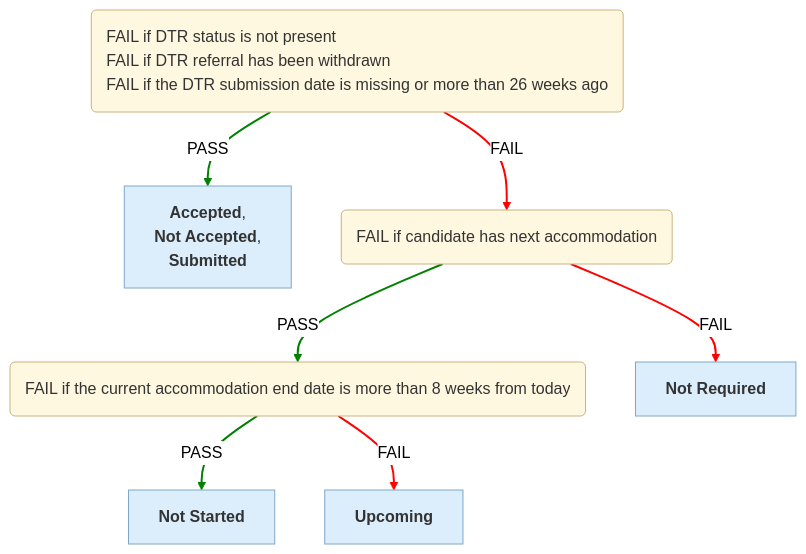
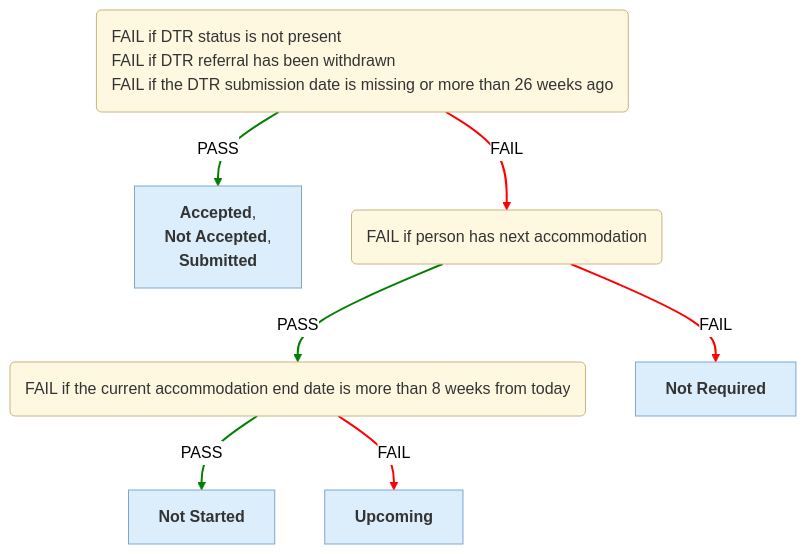
Before and after one commit to ministryofjustice/hmpps-single-accommodation-service-api: the fifth of 6 diagrams in docs/eligibility-rules-graph.md, drawn with Mermaid (neutral theme). The commit also changed other lines of this file and 55 other files, not shown here.

````diff
--- a/docs/eligibility-rules-graph.md
+++ b/docs/eligibility-rules-graph.md
@@ -495,28 +578,28 @@
 ```mermaid
 %%{init: {"flowchart": {"wrappingWidth": 800}}}%%
 flowchart TD
   Suitability("<div style='text-align:left'>FAIL if DTR status is not present
 FAIL if DTR referral has been withdrawn
 FAIL if the DTR submission date is missing or more than 26 weeks ago</div>")
   outcome_DtrCompletionContextUpdater["<b>Accepted</b>,
  <b>Not Accepted</b>,
  <b>Submitted</b>"]
-  Eligibility("<div style='text-align:left'>FAIL if candidate has next accommodation</div>")
+  Eligibility("<div style='text-align:left'>FAIL if person has next accommodation</div>")
   Upcoming("<div style='text-align:left'>FAIL if the current accommodation end date is more than 8 weeks from today</div>")
   DTR_NOT_STARTED["<b>Not Started</b>"]
   outcome_DtrUpcomingContextUpdater["<b>Upcoming</b>"]
   DTR_NOT_REQUIRED["<b>Not Required</b>"]
   Suitability -->|PASS| outcome_DtrCompletionContextUpdater
   Upcoming -->|PASS| DTR_NOT_STARTED
   Upcoming -->|FAIL| outcome_DtrUpcomingContextUpdater
   Eligibility -->|PASS| Upcoming
   Eligibility -->|FAIL| DTR_NOT_REQUIRED
   Suitability -->|FAIL| Eligibility
   linkStyle 0,1,3 stroke:green,stroke-width:2px
   linkStyle 2,4,5 stroke:red,stroke-width:2px
   classDef ruleSetNode fill:#FFF8E1,stroke:#C9B37E,color:#333
   classDef outcomeNode fill:#DCEEFB,stroke:#7FA7C9,color:#333
   classDef updaterNode fill:#EDE7F6,stroke:#A99BC9,color:#333
   class Suitability,Eligibility,Upcoming ruleSetNode
   class outcome_DtrCompletionContextUpdater,DTR_NOT_STARTED,outcome_DtrUpcomingContextUpdater,DTR_NOT_REQUIRED outcomeNode
 ```
````
